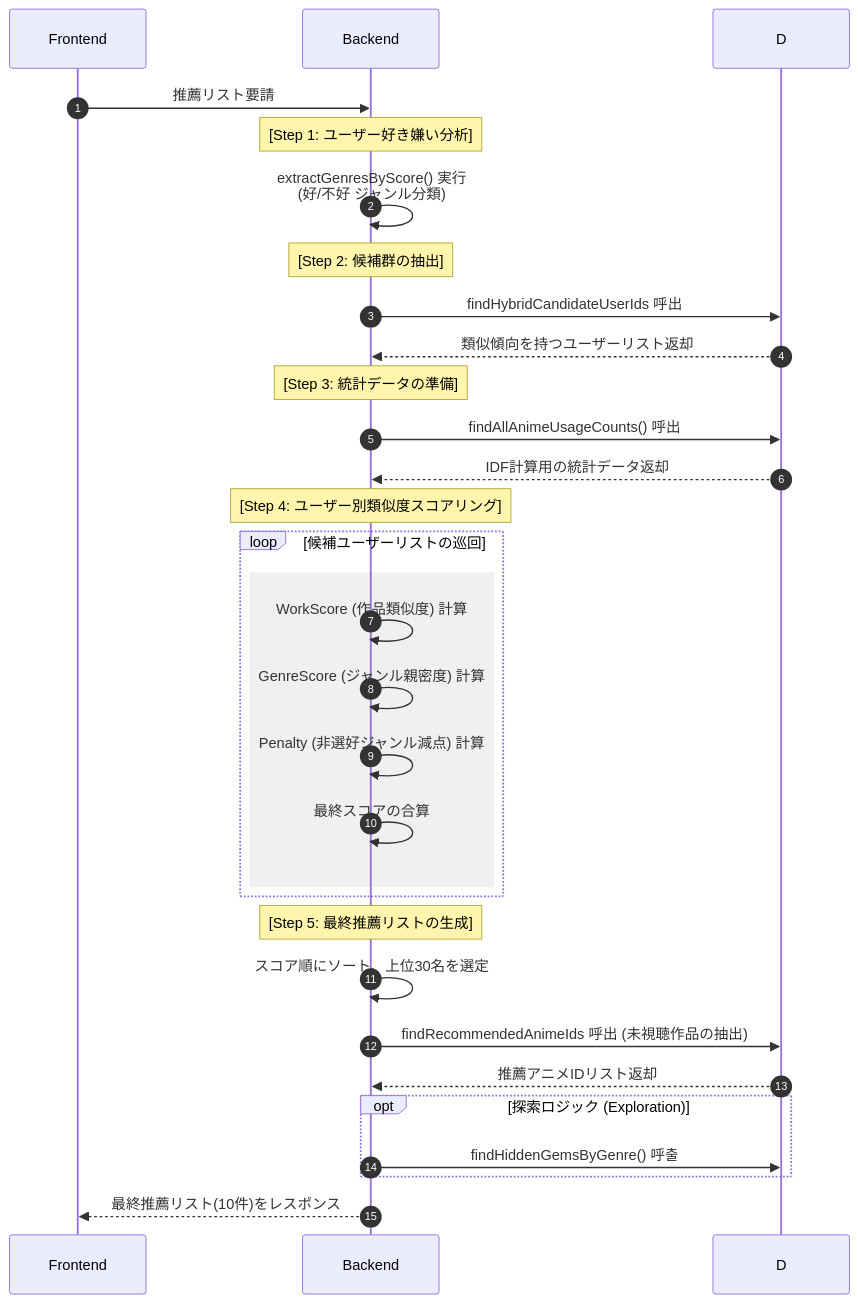
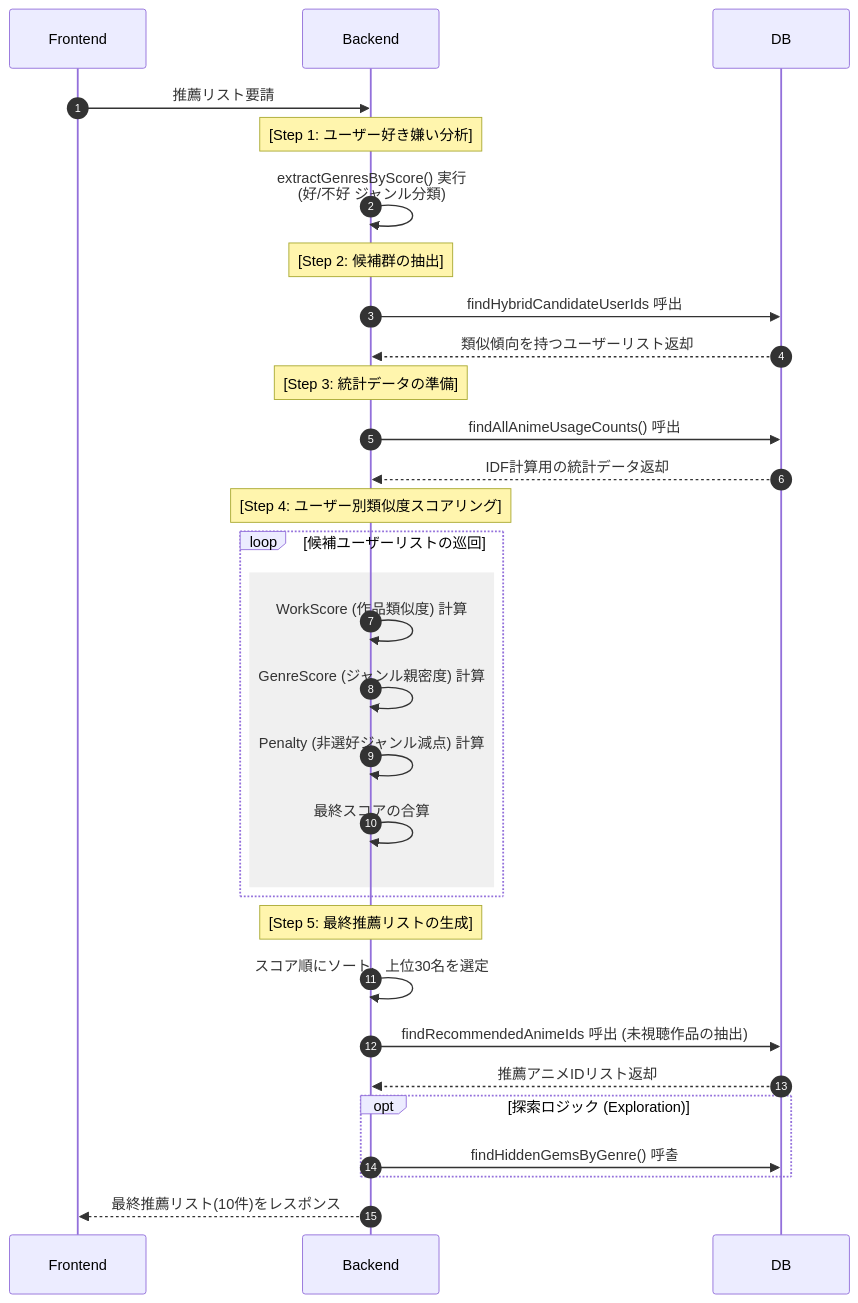
The diagram in README.md (You-HyunHo/ani-frontend), drawn with Mermaid before and after one commit. The commit also changed other lines of this file, not shown here.

````diff
--- a/README.md
+++ b/README.md
@@ -96,40 +96,40 @@
 ```mermaid
 sequenceDiagram
     autonumber
     participant FE as Frontend 
     participant BE as Backend 
-    participant DB as D
+    participant DB as DB
     FE->>BE: 推薦リスト要請
     
     Note over BE: [Step 1: ユーザー好き嫌い分析]
     BE->>BE: extractGenresByScore() 実行<br/>(好/不好 ジャンル分類)
 
     Note over BE: [Step 2: 候補群の抽出]
     BE->>DB: findHybridCandidateUserIds 呼出
     DB-->>BE: 類似傾向を持つユーザーリスト返却
 
     Note over BE: [Step 3: 統計データの準備]
     BE->>DB: findAllAnimeUsageCounts() 呼出
     DB-->>BE: IDF計算用の統計データ返却
 
     Note over BE: [Step 4: ユーザー別類似度スコアリング]
     loop 候補ユーザーリストの巡回
         rect rgb(240, 240, 240)
             BE->>BE: WorkScore (作品類似度) 計算
             BE->>BE: GenreScore (ジャンル親密度) 計算
             BE->>BE: Penalty (非選好ジャンル減点) 計算
             BE->>BE: 最終スコアの合算
         end
     end
 
     Note over BE: [Step 5: 最終推薦リストの生成]
     BE->>BE: スコア順にソート、上位30名を選定
     BE->>DB: findRecommendedAnimeIds 呼出 (未視聴作品の抽出)
     DB-->>BE: 推薦アニメIDリスト返却
     
     opt 探索ロジック (Exploration)
         BE->>DB: findHiddenGemsByGenre() 呼출
     end
 
     BE-->>FE: 最終推薦リスト(10件)をレスポンス
 ```
````
